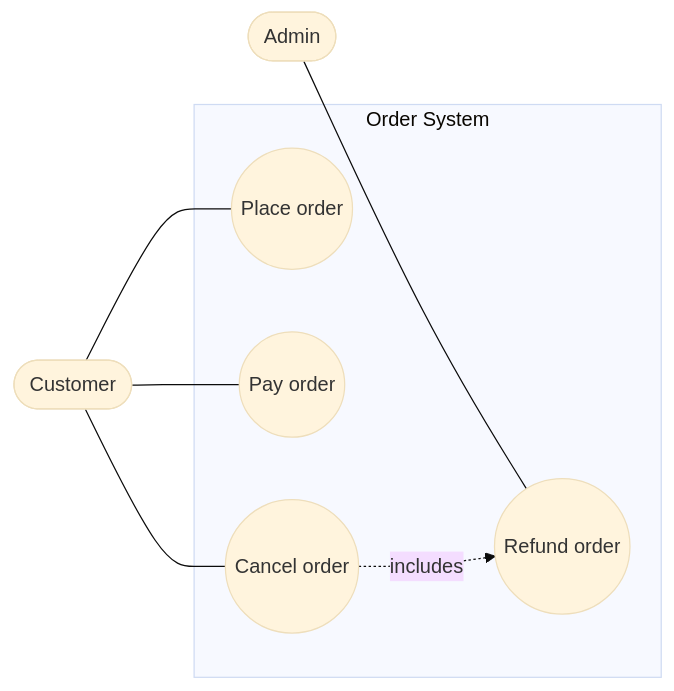
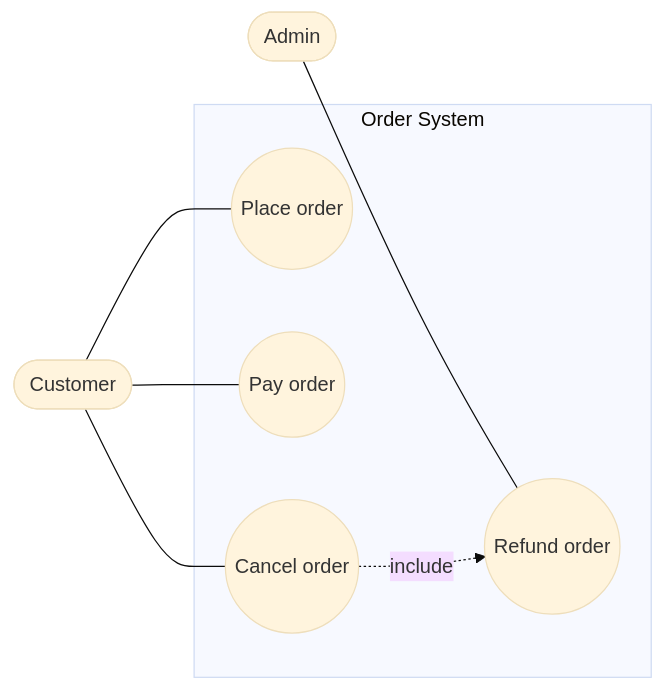
Before and after one commit to currenjin/currenjin.github.io: the sixth of 11 diagrams in _wiki/uml-diagram.md, drawn with Mermaid (base theme). The commit also changed other lines of this file and 1 other file, not shown here.

Commit message:
docs: refine UML diagram notation guide

````diff
--- a/_wiki/uml-diagram.md
+++ b/_wiki/uml-diagram.md
@@ -210,18 +221,18 @@
 ```mermaid
 flowchart LR
     Customer([Customer])
     Admin([Admin])
 
     subgraph OrderSystem[Order System]
         PlaceOrder((Place order))
         PayOrder((Pay order))
         CancelOrder((Cancel order))
         RefundOrder((Refund order))
     end
 
     Customer --- PlaceOrder
     Customer --- PayOrder
     Customer --- CancelOrder
     Admin --- RefundOrder
-    CancelOrder -. includes .-> RefundOrder
+    CancelOrder -. include .-> RefundOrder
 ```
````
